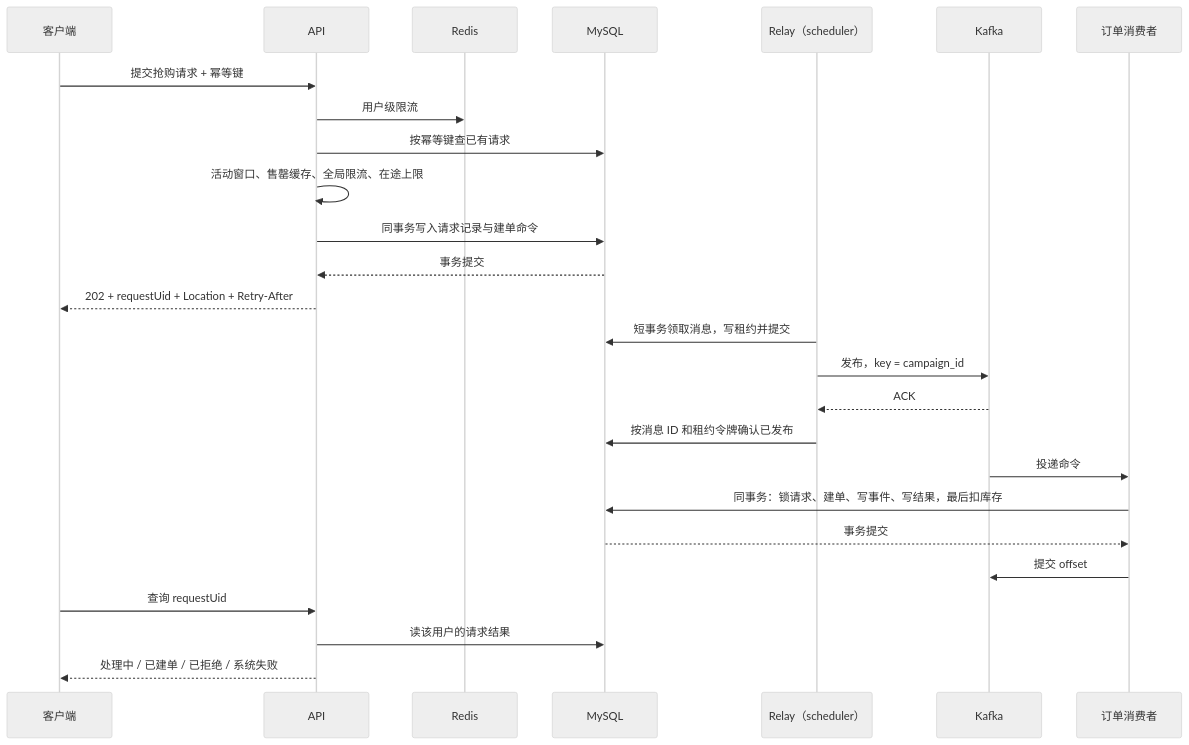
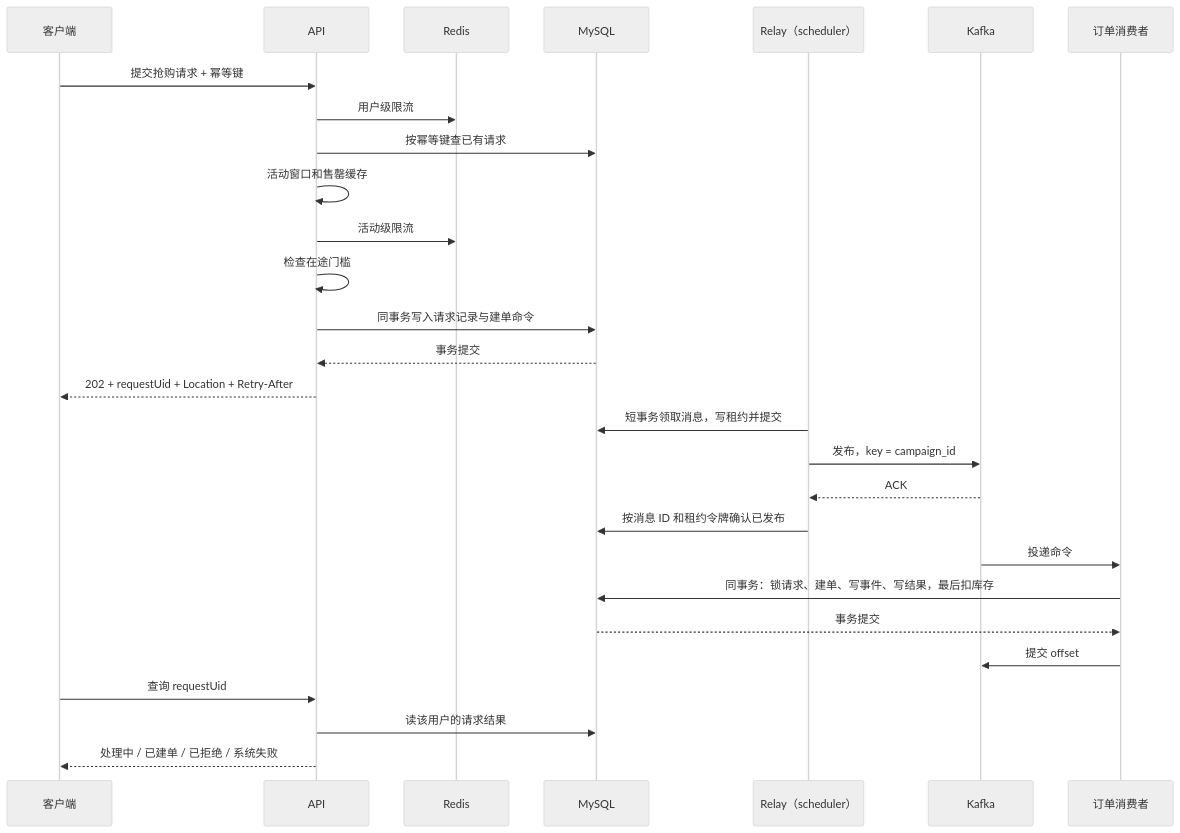
One commit to sjhesjaj/FlashOrder changed the first of 3 diagrams in docs/design-v1.md. Above: the diagram before and after it, drawn with Mermaid (neutral theme). The commit also changed other lines of this file and 4 other files, not shown here.

````diff
--- a/docs/design-v1.md
+++ b/docs/design-v1.md
@@ -59,32 +59,34 @@
 ```mermaid
 sequenceDiagram
     participant U as 客户端
     participant A as API
     participant C as Redis
     participant D as MySQL
     participant S as Relay（scheduler）
     participant K as Kafka
     participant W as 订单消费者
 
     U->>A: 提交抢购请求 + 幂等键
     A->>C: 用户级限流
     A->>D: 按幂等键查已有请求
-    A->>A: 活动窗口、售罄缓存、全局限流、在途上限
+    A->>A: 活动窗口和售罄缓存
+    A->>C: 活动级限流
+    A->>A: 检查在途门槛
     A->>D: 同事务写入请求记录与建单命令
     D-->>A: 事务提交
     A-->>U: 202 + requestUid + Location + Retry-After
 
     S->>D: 短事务领取消息，写租约并提交
     S->>K: 发布，key = campaign_id
     K-->>S: ACK
     S->>D: 按消息 ID 和租约令牌确认已发布
 
     K->>W: 投递命令
     W->>D: 同事务：锁请求、建单、写事件、写结果，最后扣库存
     D-->>W: 事务提交
     W->>K: 提交 offset
 
     U->>A: 查询 requestUid
     A->>D: 读该用户的请求结果
     A-->>U: 处理中 / 已建单 / 已拒绝 / 系统失败
 ```
````
